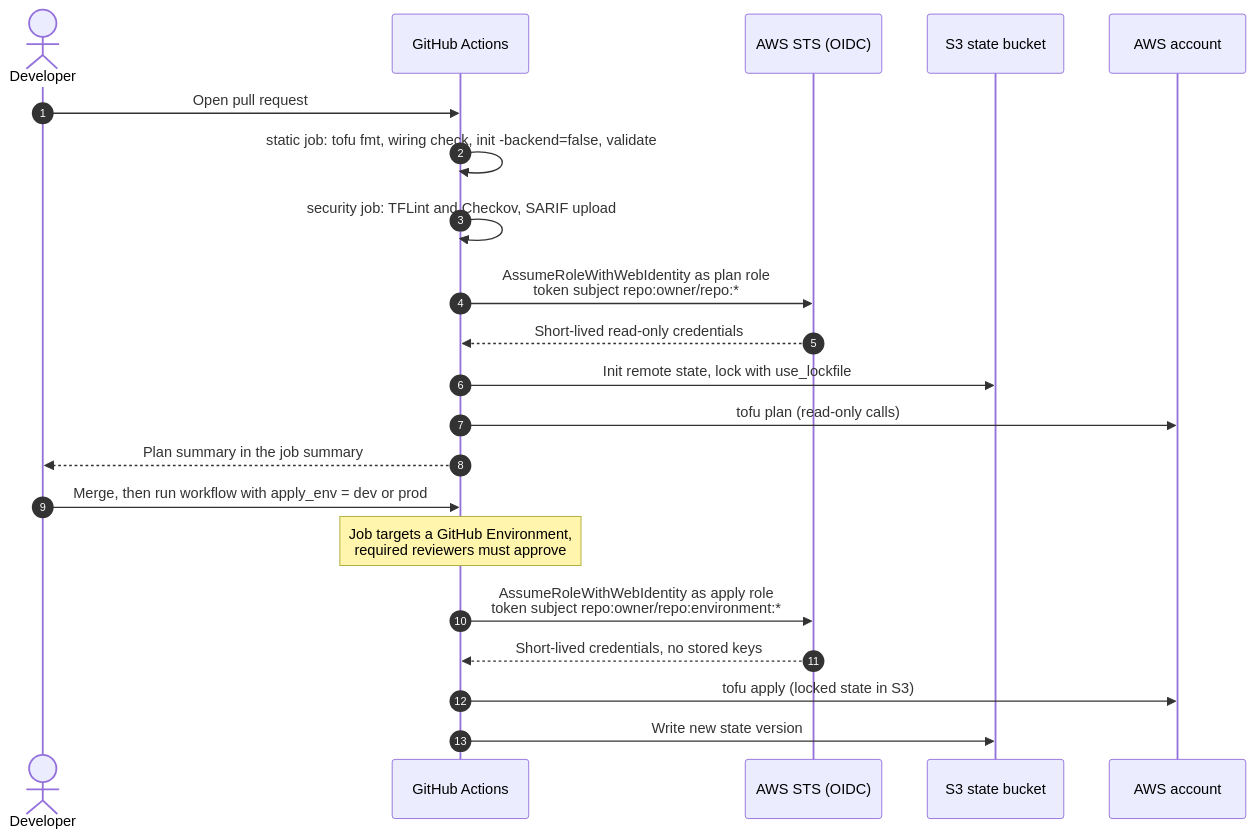
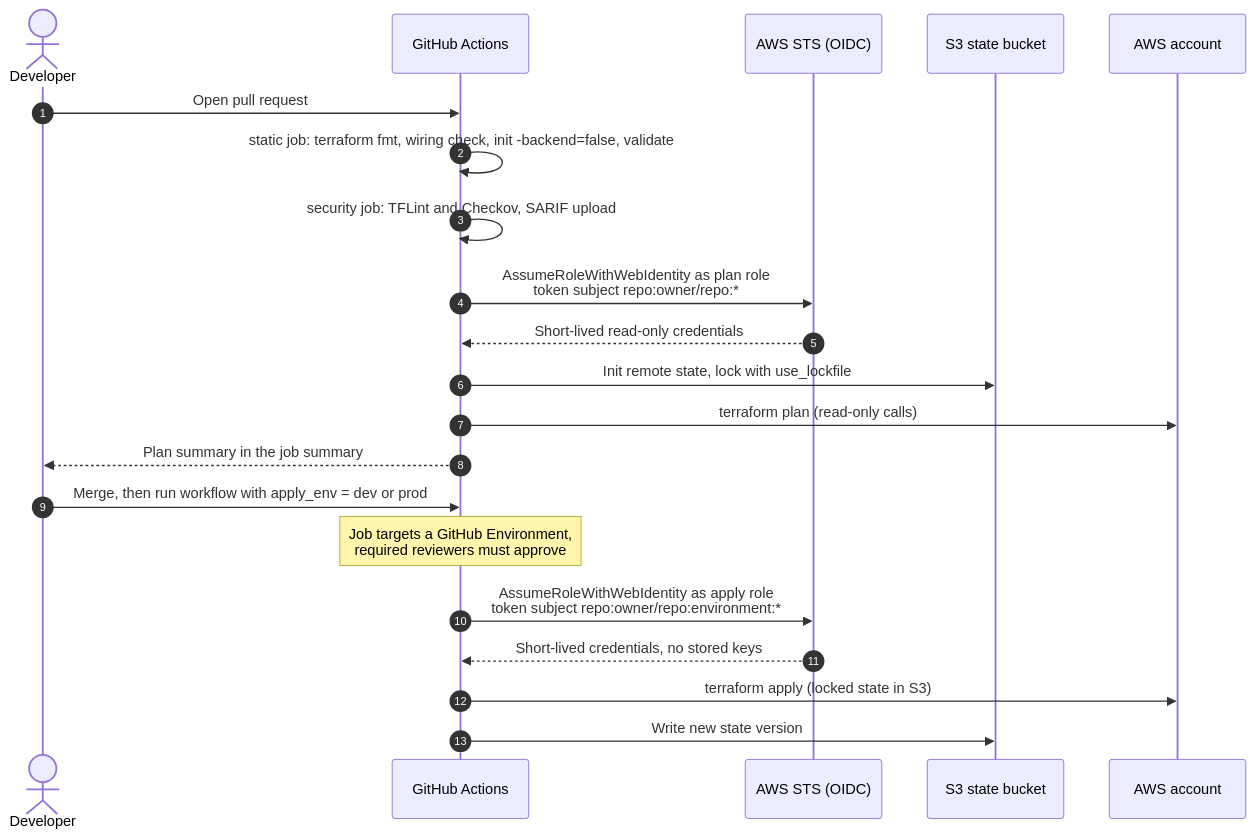
One commit to Joxejaime/Projects-2026 changed the second of 2 diagrams in projects/02-aws-terraform-platform/docs/schematics/README.md. Above: the diagram before and after it, drawn with Mermaid. The commit also changed 17 other files, not shown here.

First line of the commit message:
Switch project 02 from OpenTofu to Terraform

````diff
--- a/projects/02-aws-terraform-platform/docs/schematics/README.md
+++ b/projects/02-aws-terraform-platform/docs/schematics/README.md
@@ -65,28 +65,28 @@
 ```mermaid
 %% title: Terraform delivery with OIDC
 %% headline: No stored AWS keys anywhere
 %% takeaway: Plans use a read-only role; applies need an approved GitHub Environment.
 %% caption: .github/workflows/02-terraform.yml and bootstrap/github-oidc.tf. Pull requests are validated and planned with a read-only role. Applying is a manual run that targets a protected GitHub Environment; the apply role's trust policy only accepts tokens for environment jobs, and state is locked in S3.
 sequenceDiagram
   autonumber
   actor Dev as Developer
   participant GH as GitHub Actions
   participant STS as AWS STS (OIDC)
   participant S3 as S3 state bucket
   participant AWS as AWS account
 
   Dev->>GH: Open pull request
-  GH->>GH: static job: tofu fmt, wiring check, init -backend=false, validate
+  GH->>GH: static job: terraform fmt, wiring check, init -backend=false, validate
   GH->>GH: security job: TFLint and Checkov, SARIF upload
   GH->>STS: AssumeRoleWithWebIdentity as plan role<br/>token subject repo:owner/repo:*
   STS-->>GH: Short-lived read-only credentials
   GH->>S3: Init remote state, lock with use_lockfile
-  GH->>AWS: tofu plan (read-only calls)
+  GH->>AWS: terraform plan (read-only calls)
   GH-->>Dev: Plan summary in the job summary
   Dev->>GH: Merge, then run workflow with apply_env = dev or prod
   Note over GH: Job targets a GitHub Environment,<br/>required reviewers must approve
   GH->>STS: AssumeRoleWithWebIdentity as apply role<br/>token subject repo:owner/repo:environment:*
   STS-->>GH: Short-lived credentials, no stored keys
-  GH->>AWS: tofu apply (locked state in S3)
+  GH->>AWS: terraform apply (locked state in S3)
   GH->>S3: Write new state version
 ```
````
